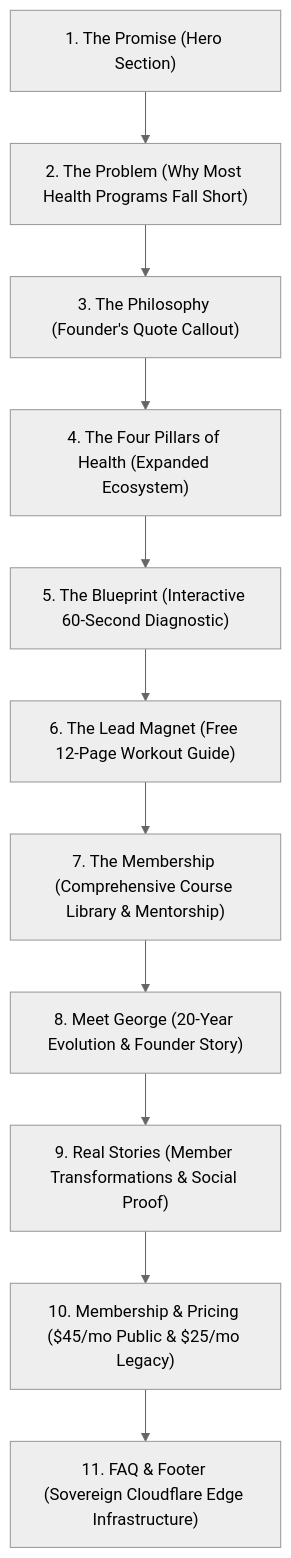
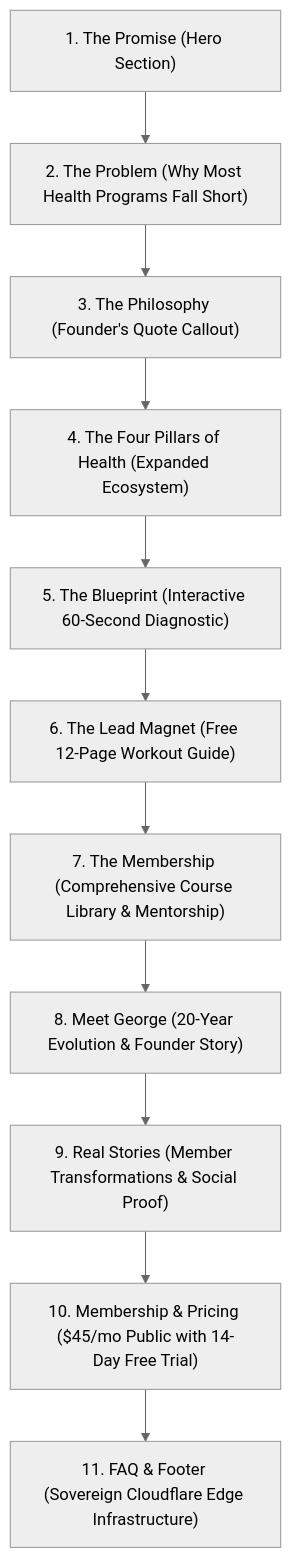
One commit to cmiller1466-ship-it/Being_Of_Earth_George changed the diagram in docs/WEBSITE_REVISION_SUMMARY_REPORT.md. Above: the diagram before and after it, drawn with Mermaid (neutral theme). The commit also changed other lines of this file and 9 other files, not shown here.

Commit message:
refactor: remove public  legacy alumni pricing and decouple private discounts to GoHighLevel

````diff
--- a/docs/WEBSITE_REVISION_SUMMARY_REPORT.md
+++ b/docs/WEBSITE_REVISION_SUMMARY_REPORT.md
@@ -30,13 +30,13 @@
 ```mermaid
 flowchart TD
     A["1. The Promise (Hero Section)"] --> B["2. The Problem (Why Most Health Programs Fall Short)"]
     B --> C["3. The Philosophy (Founder's Quote Callout)"]
     C --> D["4. The Four Pillars of Health (Expanded Ecosystem)"]
     D --> E["5. The Blueprint (Interactive 60-Second Diagnostic)"]
     E --> F["6. The Lead Magnet (Free 12-Page Workout Guide)"]
     F --> G["7. The Membership (Comprehensive Course Library & Mentorship)"]
     G --> H["8. Meet George (20-Year Evolution & Founder Story)"]
     H --> I["9. Real Stories (Member Transformations & Social Proof)"]
-    I --> J["10. Membership & Pricing ($45/mo Public & $25/mo Legacy)"]
+    I --> J["10. Membership & Pricing ($45/mo Public with 14-Day Free Trial)"]
     J --> K["11. FAQ & Footer (Sovereign Cloudflare Edge Infrastructure)"]
 ```
````
